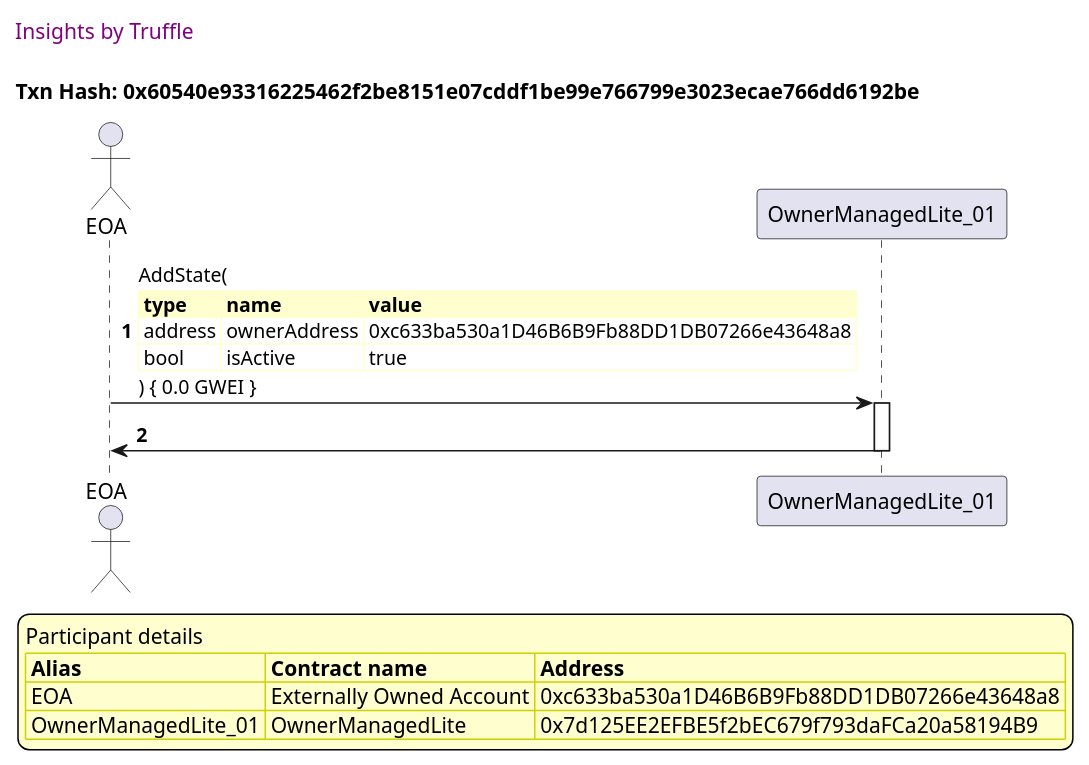
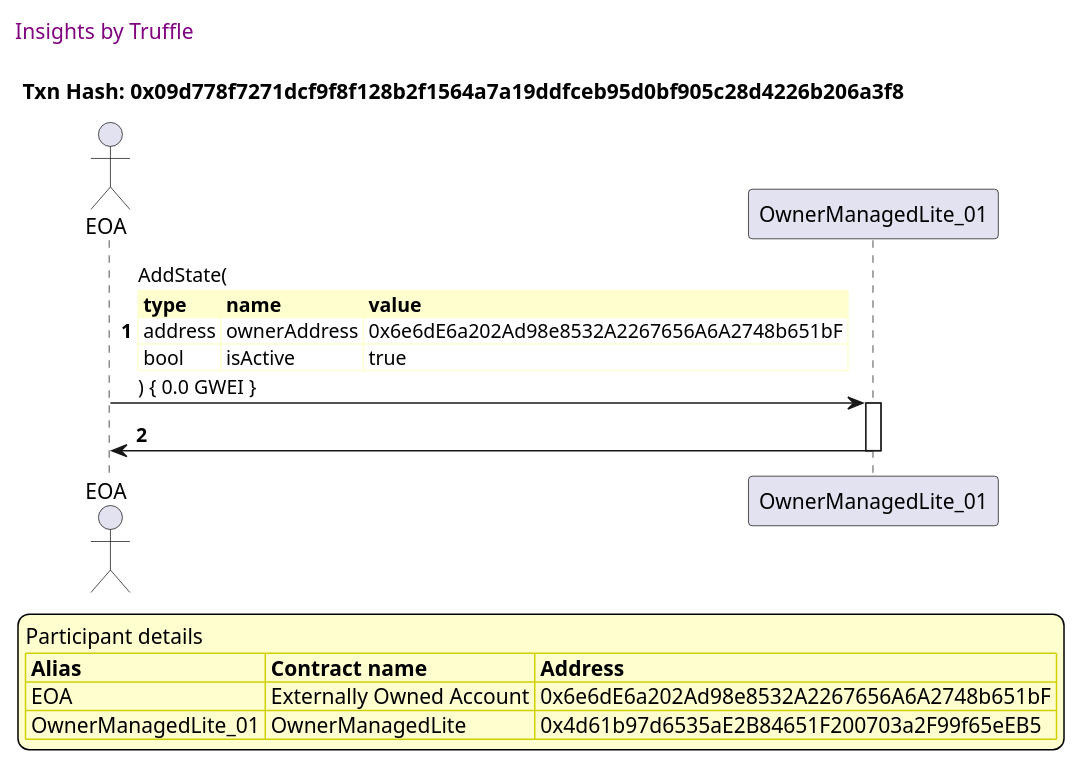
One commit to thedarkjester/ConsensysAssignment changed the eighth of 26 diagrams in truffle-seq/OwnerManagedLite_test_add_owner.md. Above: the diagram before and after it, drawn with PlantUML. The commit also changed other lines of this file and 13 other files, not shown here.

````diff
--- a/truffle-seq/OwnerManagedLite_test_add_owner.md
+++ b/truffle-seq/OwnerManagedLite_test_add_owner.md
@@ -344,41 +344,41 @@
 ```plantuml
 
 
 @startuml
 
 autonumber
 skinparam legendBackgroundColor #FEFECE
 
 <style>
       header {
         HorizontalAlignment left
         FontColor purple
         FontSize 14
         Padding 10
       }
     </style>
 
 header Insights by Truffle
 
-title Txn Hash: 0x60540e93316225462f2be8151e07cddf1be99e766799e3023ecae766dd6192be
+title Txn Hash: 0x09d778f7271dcf9f8f128b2f1564a7a19ddfceb95d0bf905c28d4226b206a3f8
 
 
 actor EOA as "EOA"
 participant OwnerManagedLite_01 as "OwnerManagedLite_01"
 
 "EOA" -> "OwnerManagedLite_01" ++: AddState(\n\
 <#FEFECE,#FEFECE>|= type |= name |= value |\n\
-| address | ownerAddress | 0xc633ba530a1D46B6B9Fb88DD1DB07266e43648a8 |\n\
+| address | ownerAddress | 0x6e6dE6a202Ad98e8532A2267656A6A2748b651bF |\n\
 | bool | isActive | true |\n\
 ) { 0.0 GWEI }
 "OwnerManagedLite_01" -> "EOA" --: 
 
 legend
 Participant details
 <#FEFECE,#D0D000>|= Alias |= Contract name |= Address |
-<#FEFECE>| EOA | Externally Owned Account | 0xc633ba530a1D46B6B9Fb88DD1DB07266e43648a8 |
-<#FEFECE>| OwnerManagedLite_01 | OwnerManagedLite | 0x7d125EE2EFBE5f2bEC679f793daFCa20a58194B9 |
+<#FEFECE>| EOA | Externally Owned Account | 0x6e6dE6a202Ad98e8532A2267656A6A2748b651bF |
+<#FEFECE>| OwnerManagedLite_01 | OwnerManagedLite | 0x4d61b97d6535aE2B84651F200703a2F99f65eEB5 |
 endlegend
 
 @enduml
 ```
````
